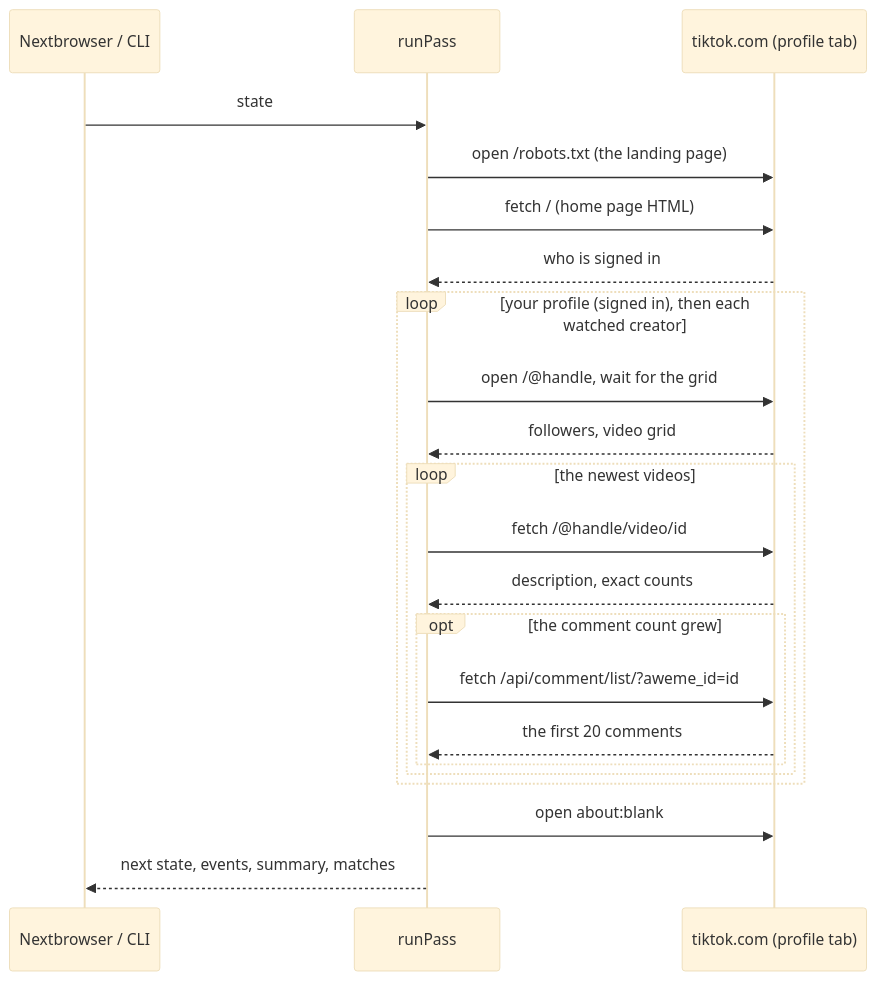
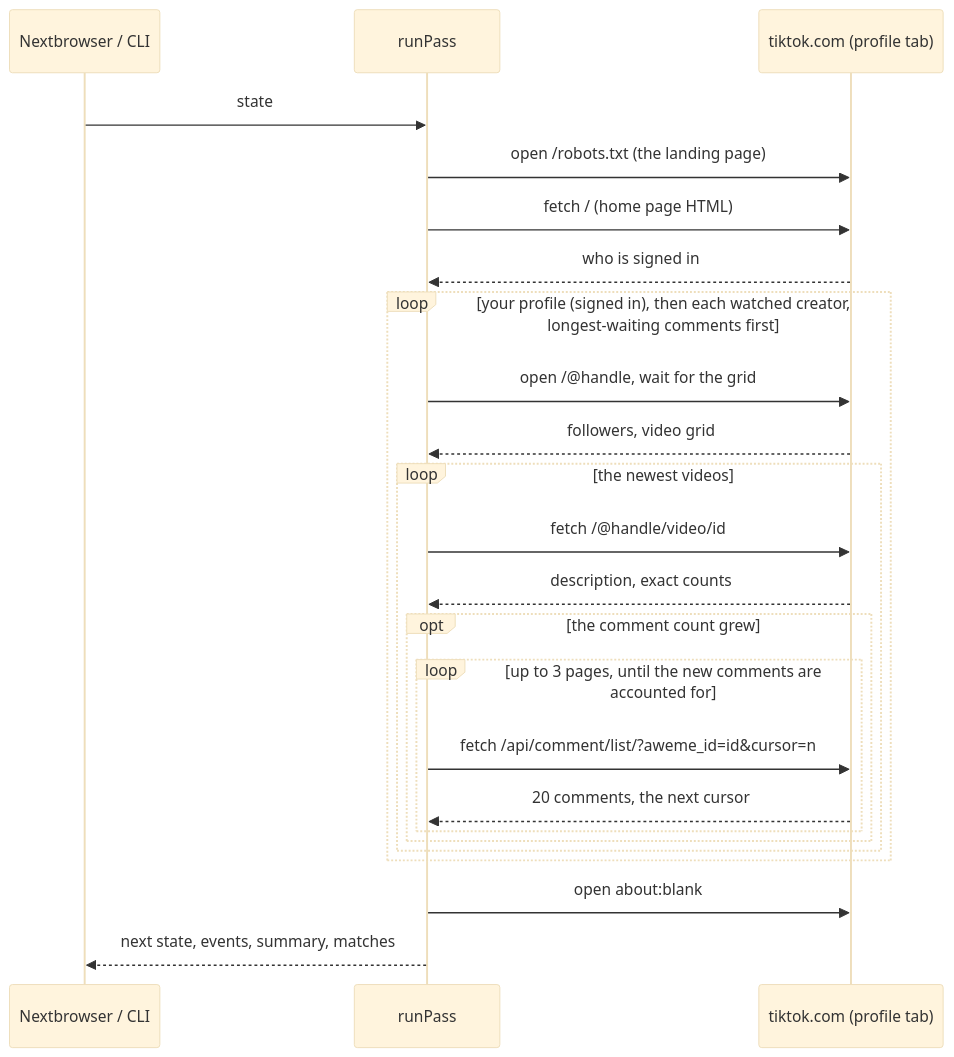
One commit to nextbrowser-oss/nextbrowser-tiktok-monitoring changed the diagram in docs/how-it-works.md. Above: the diagram before and after it, drawn with Mermaid (base theme). The commit also changed other lines of this file and 16 other files, not shown here.

````diff
--- a/docs/how-it-works.md
+++ b/docs/how-it-works.md
@@ -7,24 +7,26 @@
 ```mermaid
 sequenceDiagram
   participant Host as Nextbrowser / CLI
   participant Pass as runPass
   participant T as tiktok.com (profile tab)
   Host->>Pass: state
   Pass->>T: open /robots.txt (the landing page)
   Pass->>T: fetch / (home page HTML)
   T-->>Pass: who is signed in
-  loop your profile (signed in), then each watched creator
+  loop your profile (signed in), then each watched creator, longest-waiting comments first
     Pass->>T: open /@handle, wait for the grid
     T-->>Pass: followers, video grid
     loop the newest videos
       Pass->>T: fetch /@handle/video/id
       T-->>Pass: description, exact counts
       opt the comment count grew
-        Pass->>T: fetch /api/comment/list/?aweme_id=id
-        T-->>Pass: the first 20 comments
+        loop up to 3 pages, until the new comments are accounted for
+          Pass->>T: fetch /api/comment/list/?aweme_id=id&cursor=n
+          T-->>Pass: 20 comments, the next cursor
+        end
       end
     end
   end
   Pass->>T: open about:blank
   Pass-->>Host: next state, events, summary, matches
 ```
````
